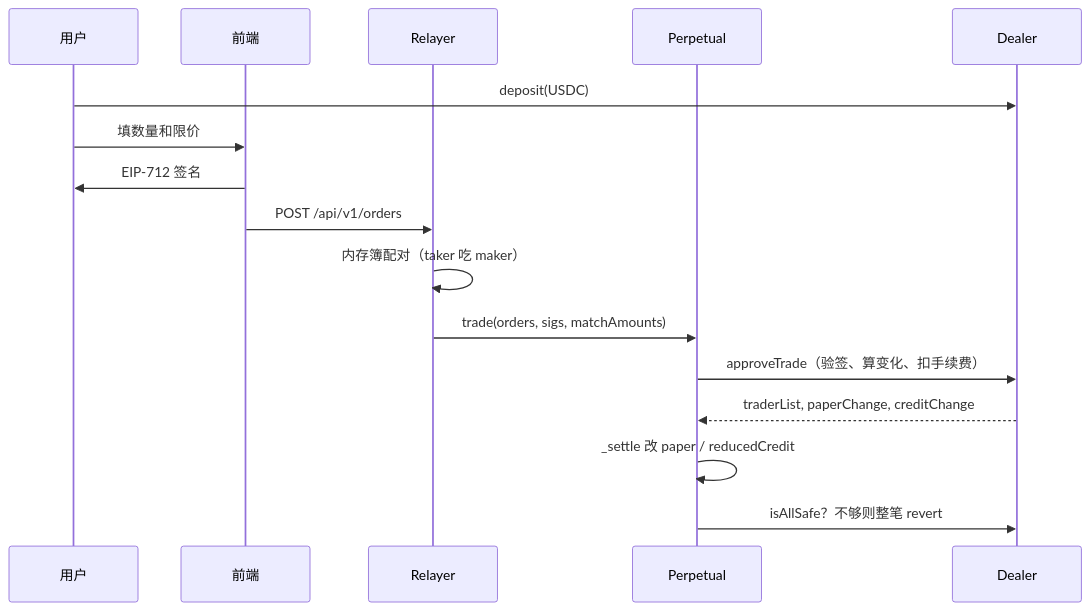
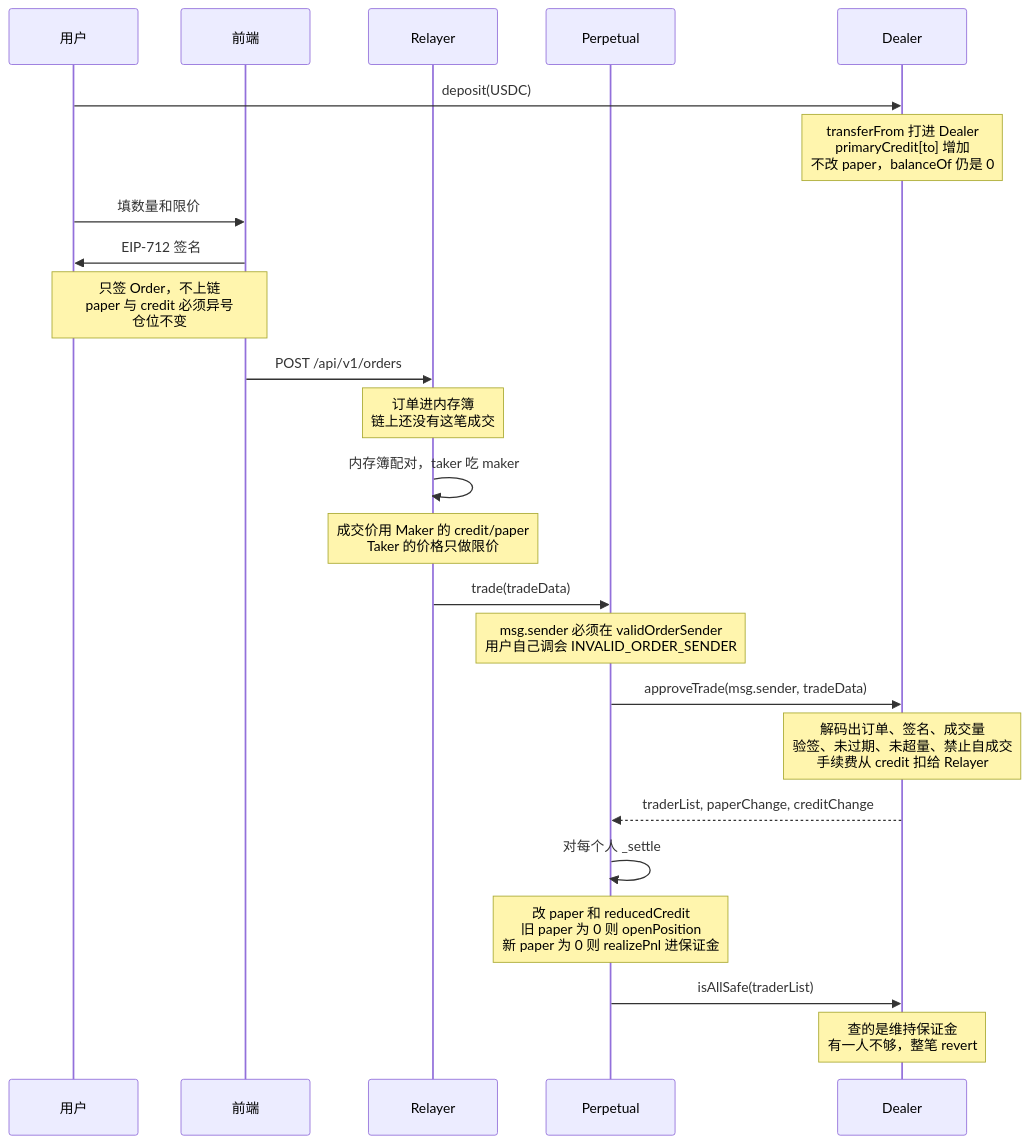
The second of 4 diagrams in perpetual-contract/永续合约项目拆解文档.md (ustbmz/BreakdownPJ), drawn with Mermaid before and after one commit. The commit also changed other lines of this file and 8 other files, not shown here.

First line of the commit message:
Record perpetual study notes and embed the NFT and perpetual mind maps.

````diff
--- a/perpetual-contract/永续合约项目拆解文档.md
+++ b/perpetual-contract/永续合约项目拆解文档.md
@@ -173,19 +255,27 @@
 ```mermaid
 sequenceDiagram
     participant U as 用户
     participant FE as 前端
     participant R as Relayer
     participant P as Perpetual
     participant D as Dealer
 
     U->>D: deposit(USDC)
+    Note over D: transferFrom 打进 Dealer<br/>primaryCredit[to] 增加<br/>不改 paper，balanceOf 仍是 0
     U->>FE: 填数量和限价
     FE->>U: EIP-712 签名
+    Note over U,FE: 只签 Order，不上链<br/>paper 与 credit 必须异号<br/>仓位不变
     FE->>R: POST /api/v1/orders
-    R->>R: 内存簿配对（taker 吃 maker）
-    R->>P: trade(orders, sigs, matchAmounts)
-    P->>D: approveTrade（验签、算变化、扣手续费）
+    Note over R: 订单进内存簿<br/>链上还没有这笔成交
+    R->>R: 内存簿配对，taker 吃 maker
+    Note over R: 成交价用 Maker 的 credit/paper<br/>Taker 的价格只做限价
+    R->>P: trade(tradeData)
+    Note over P: msg.sender 必须在 validOrderSender<br/>用户自己调会 INVALID_ORDER_SENDER
+    P->>D: approveTrade(msg.sender, tradeData)
+    Note over D: 解码出订单、签名、成交量<br/>验签、未过期、未超量、禁止自成交<br/>手续费从 credit 扣给 Relayer
     D-->>P: traderList, paperChange, creditChange
-    P->>P: _settle 改 paper / reducedCredit
-    P->>D: isAllSafe？不够则整笔 revert
+    P->>P: 对每个人 _settle
+    Note over P: 改 paper 和 reducedCredit<br/>旧 paper 为 0 则 openPosition<br/>新 paper 为 0 则 realizePnl 进保证金
+    P->>D: isAllSafe(traderList)
+    Note over D: 查的是维持保证金<br/>有一人不够，整笔 revert
 ```
````
